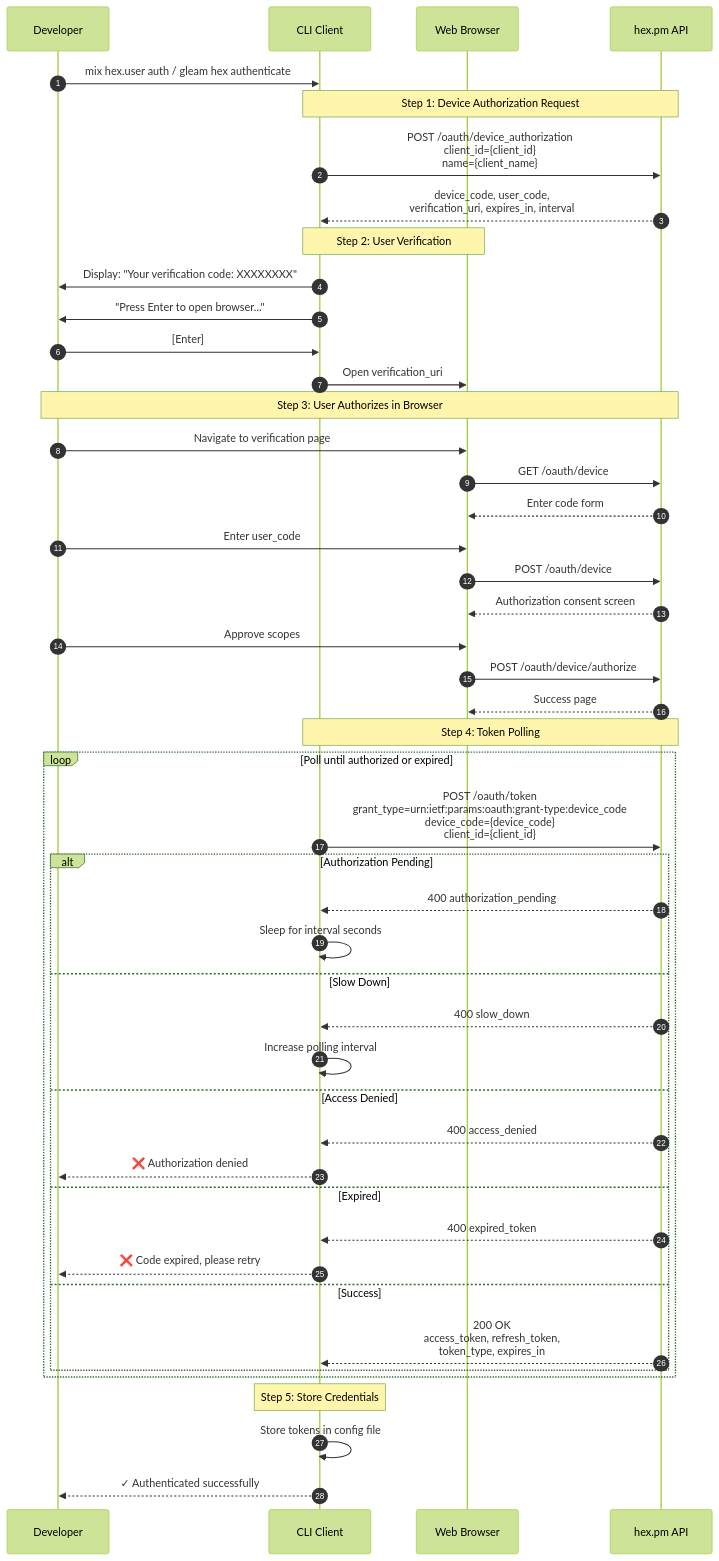
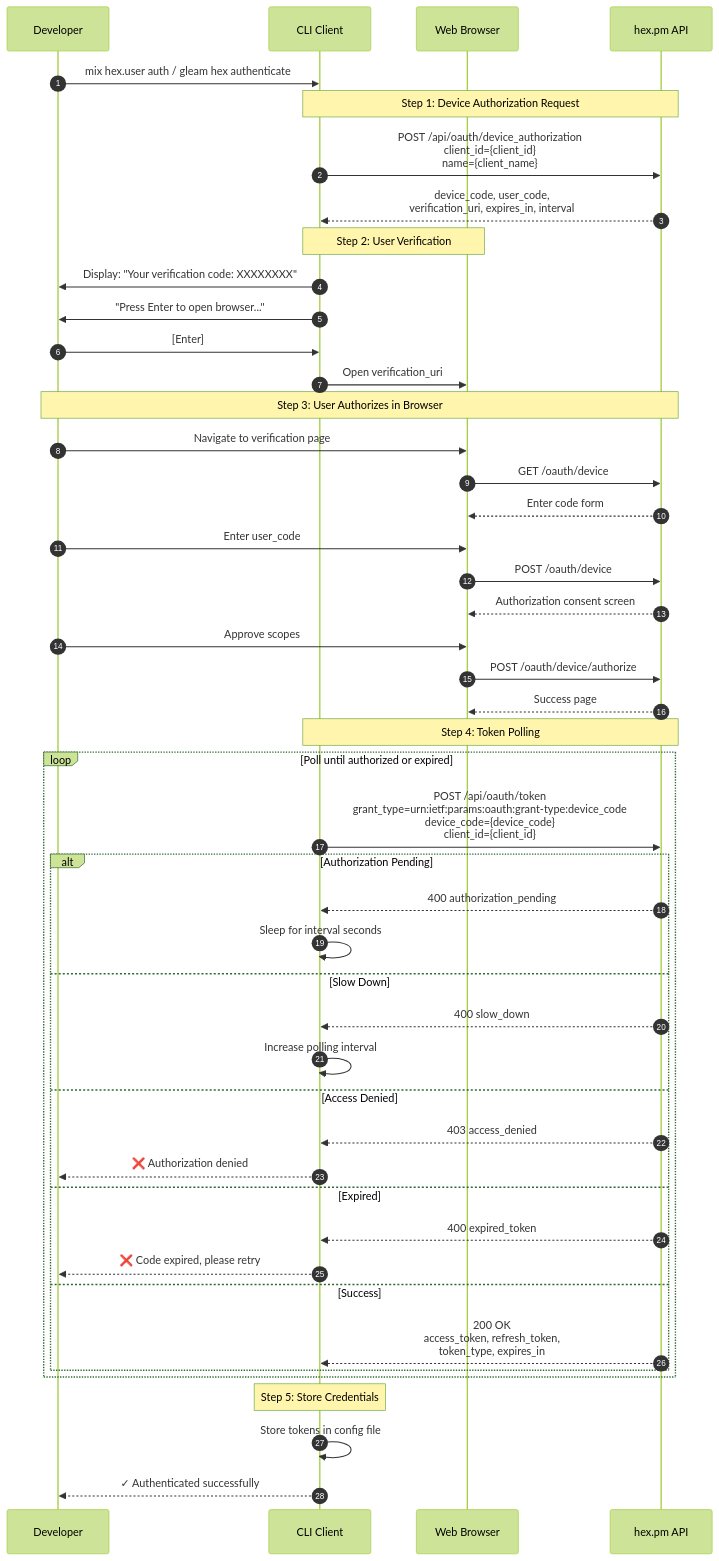
The ninth of 11 diagrams in security/threat-model/client-flows.md (hexpm/specifications), drawn with Mermaid (forest theme) before and after one commit. The commit also changed other lines of this file and 15 other files, not shown here.

````diff
--- a/security/threat-model/client-flows.md
+++ b/security/threat-model/client-flows.md
@@ -581,55 +581,55 @@
 ```mermaid
 sequenceDiagram
     autonumber
     participant Dev as Developer
     participant Client as CLI Client
     participant Browser as Web Browser
     participant API as hex.pm API
 
     Dev->>Client: mix hex.user auth / gleam hex authenticate
 
     Note over Client,API: Step 1: Device Authorization Request
-    Client->>API: POST /oauth/device_authorization<br/>client_id={client_id}<br/>name={client_name}
+    Client->>API: POST /api/oauth/device_authorization<br/>client_id={client_id}<br/>name={client_name}
     API-->>Client: device_code, user_code,<br/>verification_uri, expires_in, interval
 
     Note over Client,Browser: Step 2: User Verification
     Client->>Dev: Display: "Your verification code: XXXXXXXX"
     Client->>Dev: "Press Enter to open browser..."
     Dev->>Client: [Enter]
     Client->>Browser: Open verification_uri
 
     Note over Dev,API: Step 3: User Authorizes in Browser
     Dev->>Browser: Navigate to verification page
     Browser->>API: GET /oauth/device
     API-->>Browser: Enter code form
     Dev->>Browser: Enter user_code
     Browser->>API: POST /oauth/device
     API-->>Browser: Authorization consent screen
     Dev->>Browser: Approve scopes
     Browser->>API: POST /oauth/device/authorize
     API-->>Browser: Success page
 
     Note over Client,API: Step 4: Token Polling
     loop Poll until authorized or expired
-        Client->>API: POST /oauth/token<br/>grant_type=urn:ietf:params:oauth:grant-type:device_code<br/>device_code={device_code}<br/>client_id={client_id}
+        Client->>API: POST /api/oauth/token<br/>grant_type=urn:ietf:params:oauth:grant-type:device_code<br/>device_code={device_code}<br/>client_id={client_id}
         alt Authorization Pending
             API-->>Client: 400 authorization_pending
             Client->>Client: Sleep for interval seconds
         else Slow Down
             API-->>Client: 400 slow_down
             Client->>Client: Increase polling interval
         else Access Denied
-            API-->>Client: 400 access_denied
+            API-->>Client: 403 access_denied
             Client-->>Dev: ❌ Authorization denied
         else Expired
             API-->>Client: 400 expired_token
             Client-->>Dev: ❌ Code expired, please retry
         else Success
             API-->>Client: 200 OK<br/>access_token, refresh_token,<br/>token_type, expires_in
         end
     end
 
     Note over Client: Step 5: Store Credentials
     Client->>Client: Store tokens in config file
     Client-->>Dev: ✓ Authenticated successfully
 ```
````
